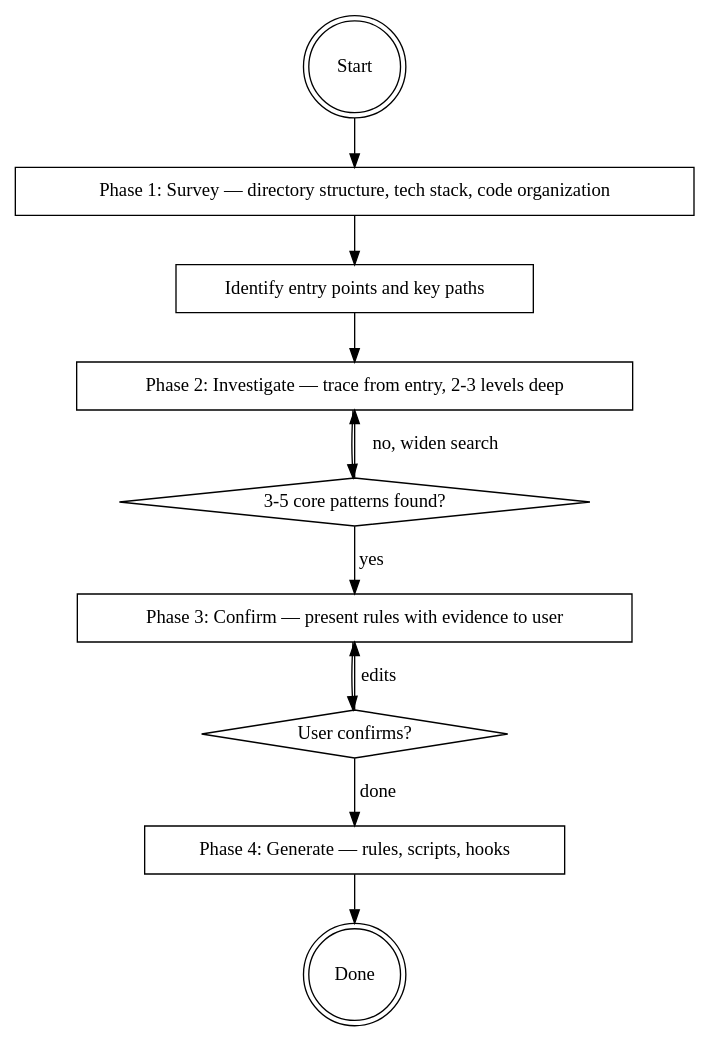
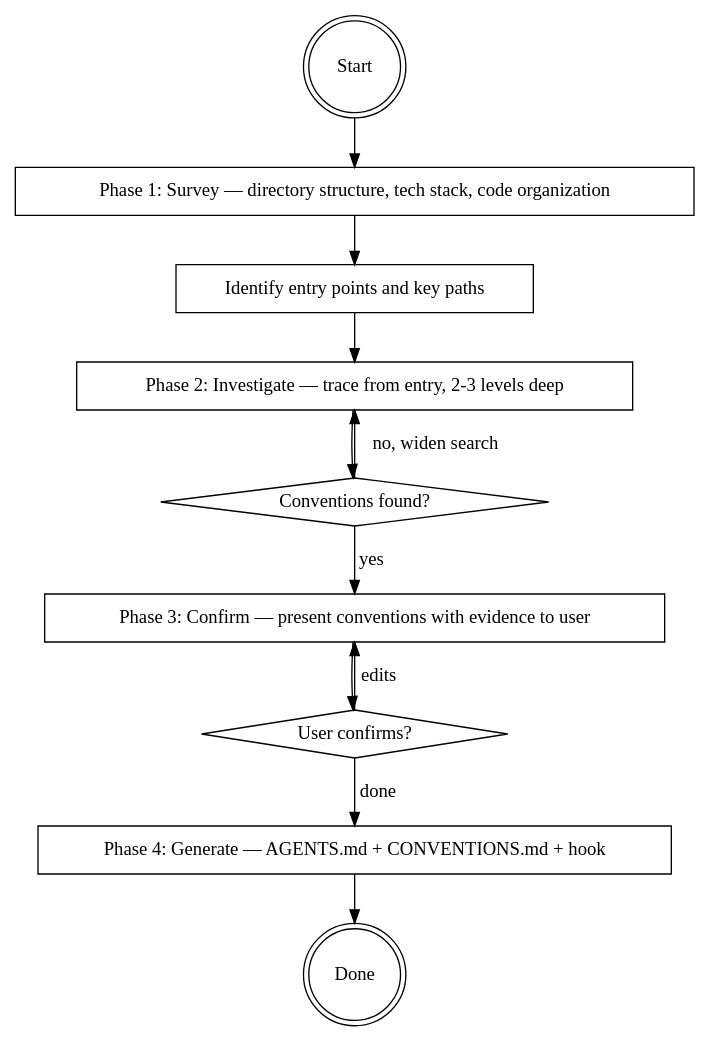
The diagram in skills/setup-harness/SKILL.md (heliohq/ship), drawn with Graphviz before and after one commit. The commit also changed other lines of this file and 18 other files, not shown here.

````diff
--- a/skills/setup-harness/SKILL.md
+++ b/skills/setup-harness/SKILL.md
@@ -45,26 +51,26 @@
 ```dot
 digraph setup_harness {
     rankdir=TB;
 
     "Start" [shape=doublecircle];
     "Phase 1: Survey — directory structure, tech stack, code organization" [shape=box];
     "Identify entry points and key paths" [shape=box];
     "Phase 2: Investigate — trace from entry, 2-3 levels deep" [shape=box];
-    "3-5 core patterns found?" [shape=diamond];
-    "Phase 3: Confirm — present rules with evidence to user" [shape=box];
+    "Conventions found?" [shape=diamond];
+    "Phase 3: Confirm — present conventions with evidence to user" [shape=box];
     "User confirms?" [shape=diamond];
-    "Phase 4: Generate — rules, scripts, hooks" [shape=box];
+    "Phase 4: Generate — AGENTS.md + CONVENTIONS.md + hook" [shape=box];
     "Done" [shape=doublecircle];
 
     "Start" -> "Phase 1: Survey — directory structure, tech stack, code organization";
     "Phase 1: Survey — directory structure, tech stack, code organization" -> "Identify entry points and key paths";
     "Identify entry points and key paths" -> "Phase 2: Investigate — trace from entry, 2-3 levels deep";
-    "Phase 2: Investigate — trace from entry, 2-3 levels deep" -> "3-5 core patterns found?";
-    "3-5 core patterns found?" -> "Phase 3: Confirm — present rules with evidence to user" [label="yes"];
-    "3-5 core patterns found?" -> "Phase 2: Investigate — trace from entry, 2-3 levels deep" [label="no, widen search"];
-    "Phase 3: Confirm — present rules with evidence to user" -> "User confirms?";
-    "User confirms?" -> "Phase 4: Generate — rules, scripts, hooks" [label="done"];
-    "User confirms?" -> "Phase 3: Confirm — present rules with evidence to user" [label="edits"];
-    "Phase 4: Generate — rules, scripts, hooks" -> "Done";
+    "Phase 2: Investigate — trace from entry, 2-3 levels deep" -> "Conventions found?";
+    "Conventions found?" -> "Phase 3: Confirm — present conventions with evidence to user" [label="yes"];
+    "Conventions found?" -> "Phase 2: Investigate — trace from entry, 2-3 levels deep" [label="no, widen search"];
+    "Phase 3: Confirm — present conventions with evidence to user" -> "User confirms?";
+    "User confirms?" -> "Phase 4: Generate — AGENTS.md + CONVENTIONS.md + hook" [label="done"];
+    "User confirms?" -> "Phase 3: Confirm — present conventions with evidence to user" [label="edits"];
+    "Phase 4: Generate — AGENTS.md + CONVENTIONS.md + hook" -> "Done";
 }
 ```
````
